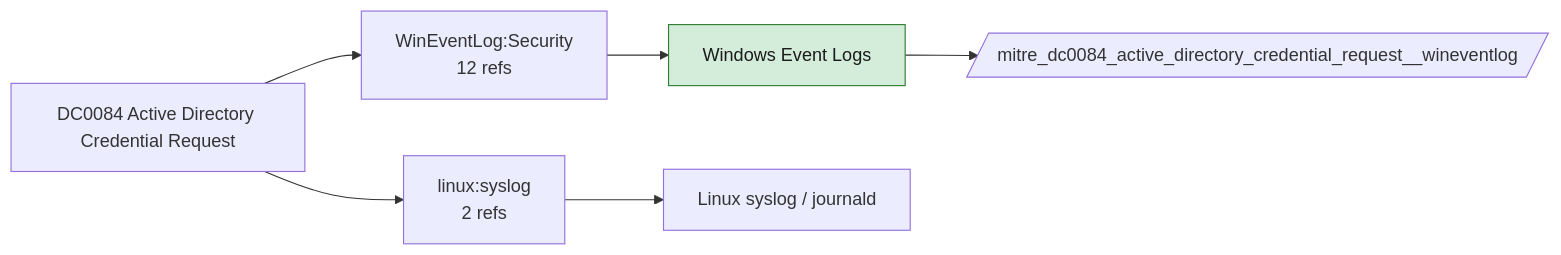
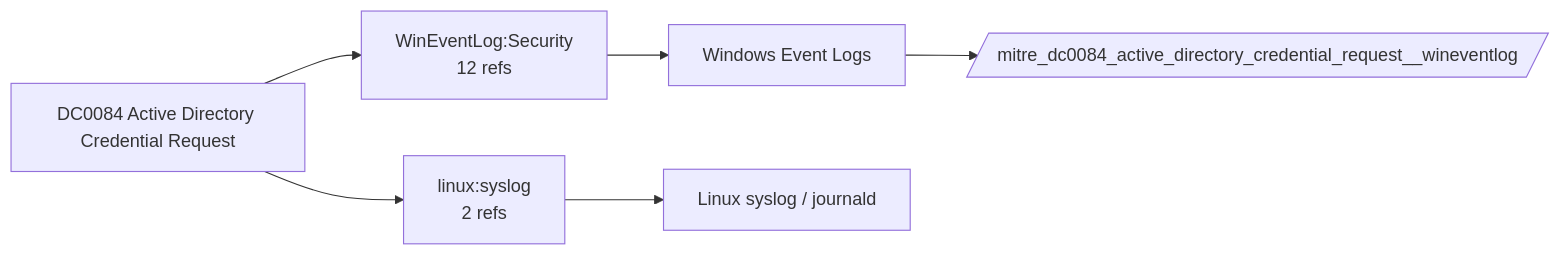
The diagram in docs/data-components/DC0084-active-directory-credential-request.md (dev-nobytes-io/mitre-defensive-mappings-spl), drawn with Mermaid before and after one commit. The commit also changed other lines of this file and 366 other files, not shown here.

````diff
--- a/docs/data-components/DC0084-active-directory-credential-request.md
+++ b/docs/data-components/DC0084-active-directory-credential-request.md
@@ -19,14 +19,11 @@
 ```mermaid
 flowchart LR
   DC["DC0084 Active Directory Credential Request"]
   DC --> LS0["WinEventLog:Security<br/>12 refs"]
   F_wineventlog["Windows Event Logs"]
   LS0 --> F_wineventlog
   DC --> LS1["linux:syslog<br/>2 refs"]
   F_linux_syslog["Linux syslog / journald"]
   LS1 --> F_linux_syslog
   F_wineventlog --> ET_wineventlog[/"mitre_dc0084_active_directory_credential_request__wineventlog"/]
-  class F_wineventlog live
-  classDef live fill:#d4edda,stroke:#2e7d32,color:#1b1b1b
-  classDef ready fill:#fff3cd,stroke:#b26a00,color:#1b1b1b
 ```
````
